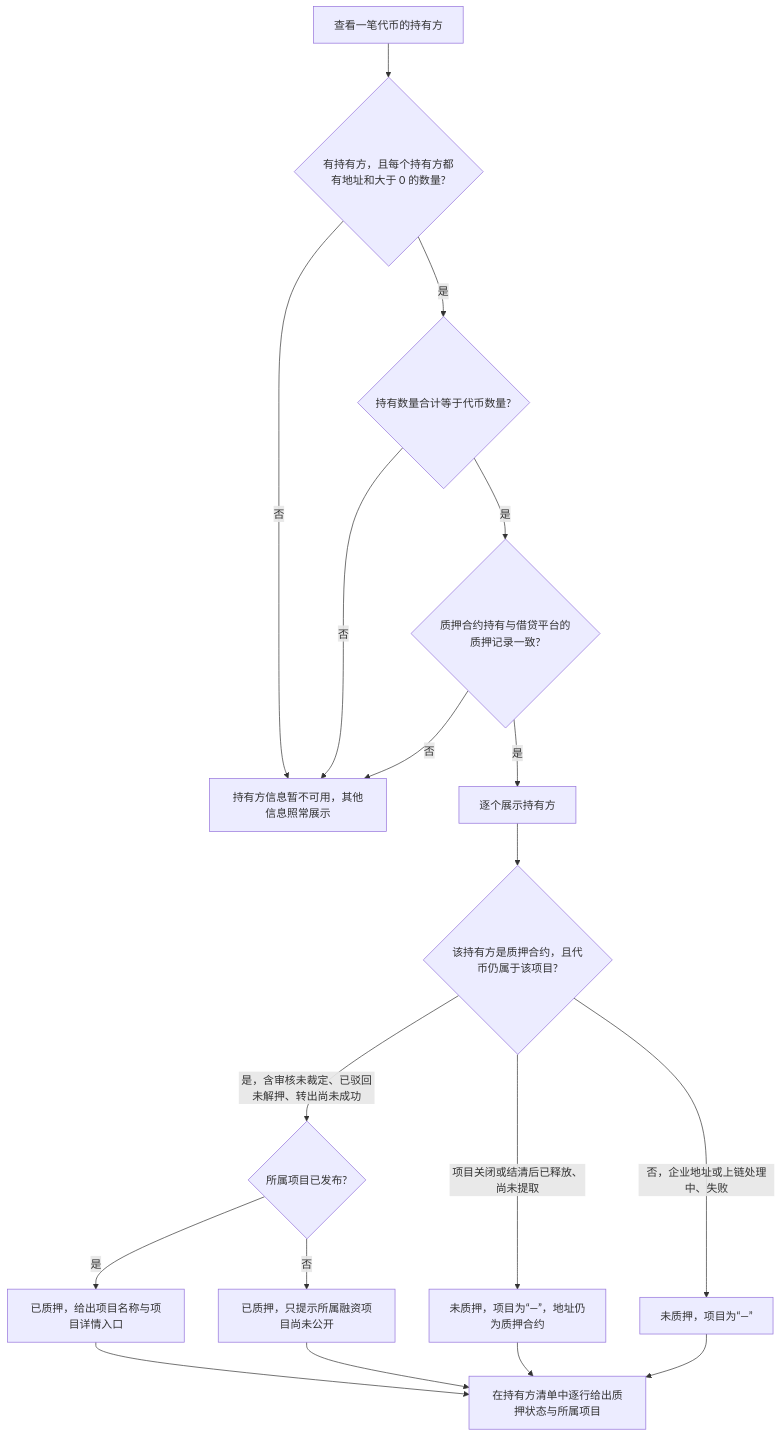
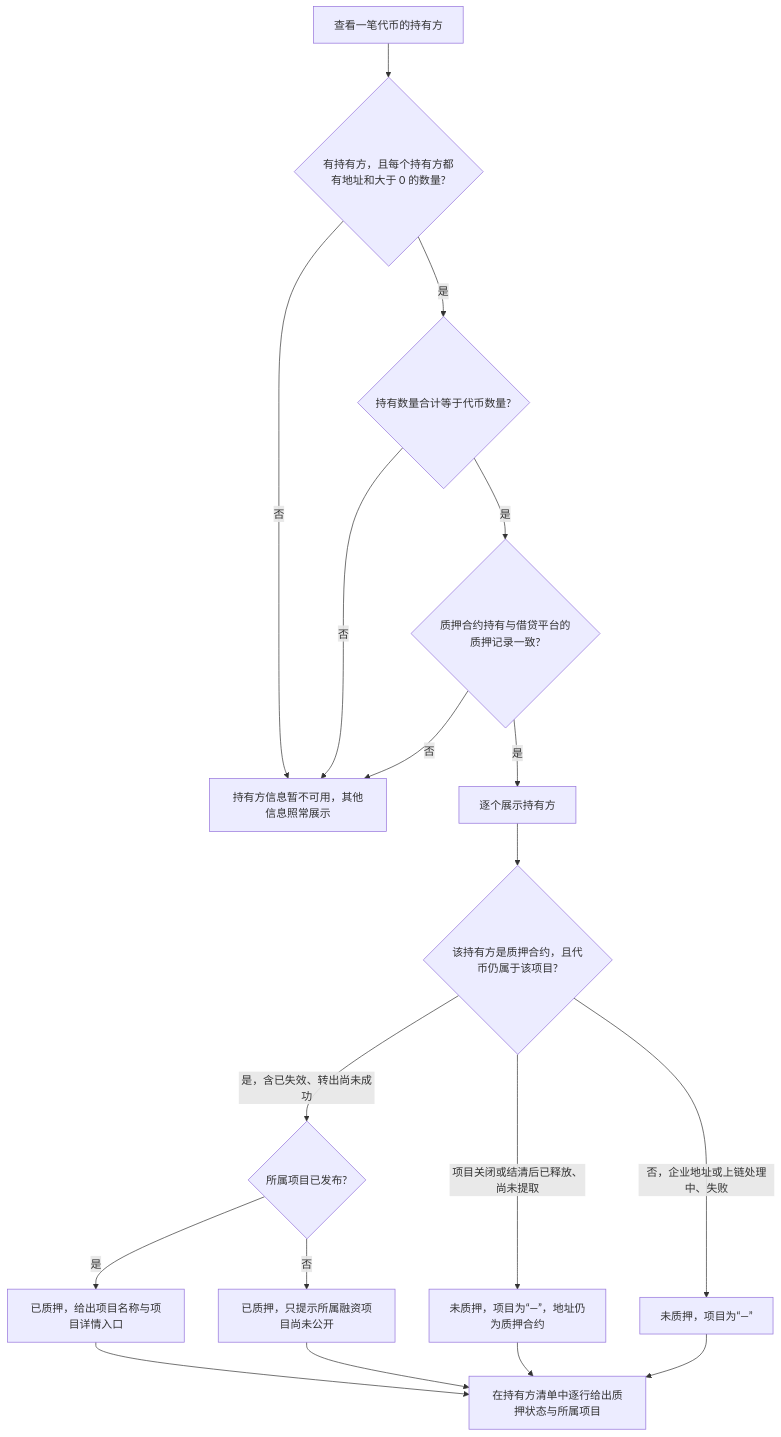
The third of 6 diagrams in lending-platform/PRD/面客端/04-资产广场-已上架代币只读域/02-资产广场-流程图与状态机.md (wxblockchain/Chain-Financing), drawn with Mermaid before and after one commit. The commit also changed other lines of this file and 28 other files, not shown here.

````diff
--- a/lending-platform/PRD/面客端/04-资产广场-已上架代币只读域/02-资产广场-流程图与状态机.md
+++ b/lending-platform/PRD/面客端/04-资产广场-已上架代币只读域/02-资产广场-流程图与状态机.md
@@ -56,20 +56,20 @@
 ```mermaid
 flowchart TD
   A[查看一笔代币的持有方] --> B{有持有方，且每个持有方都有地址和大于 0 的数量?}
   B -->|否| X[持有方信息暂不可用，其他信息照常展示]
   B -->|是| C{持有数量合计等于代币数量?}
   C -->|否| X
   C -->|是| D{质押合约持有与借贷平台的质押记录一致?}
   D -->|否| X
   D -->|是| E[逐个展示持有方]
   E --> F{该持有方是质押合约，且代币仍属于该项目?}
-  F -->|是，含审核未裁定、已驳回未解押、转出尚未成功| G{所属项目已发布?}
+  F -->|是，含已失效、转出尚未成功| G{所属项目已发布?}
   G -->|是| H[已质押，给出项目名称与项目详情入口]
   G -->|否| I[已质押，只提示所属融资项目尚未公开]
   F -->|项目关闭或结清后已释放、尚未提取| J[未质押，项目为“—”，地址仍为质押合约]
   F -->|否，企业地址或上链处理中、失败| K[未质押，项目为“—”]
   H --> L[在持有方清单中逐行给出质押状态与所属项目]
   I --> L
   J --> L
   K --> L
 ```
````
